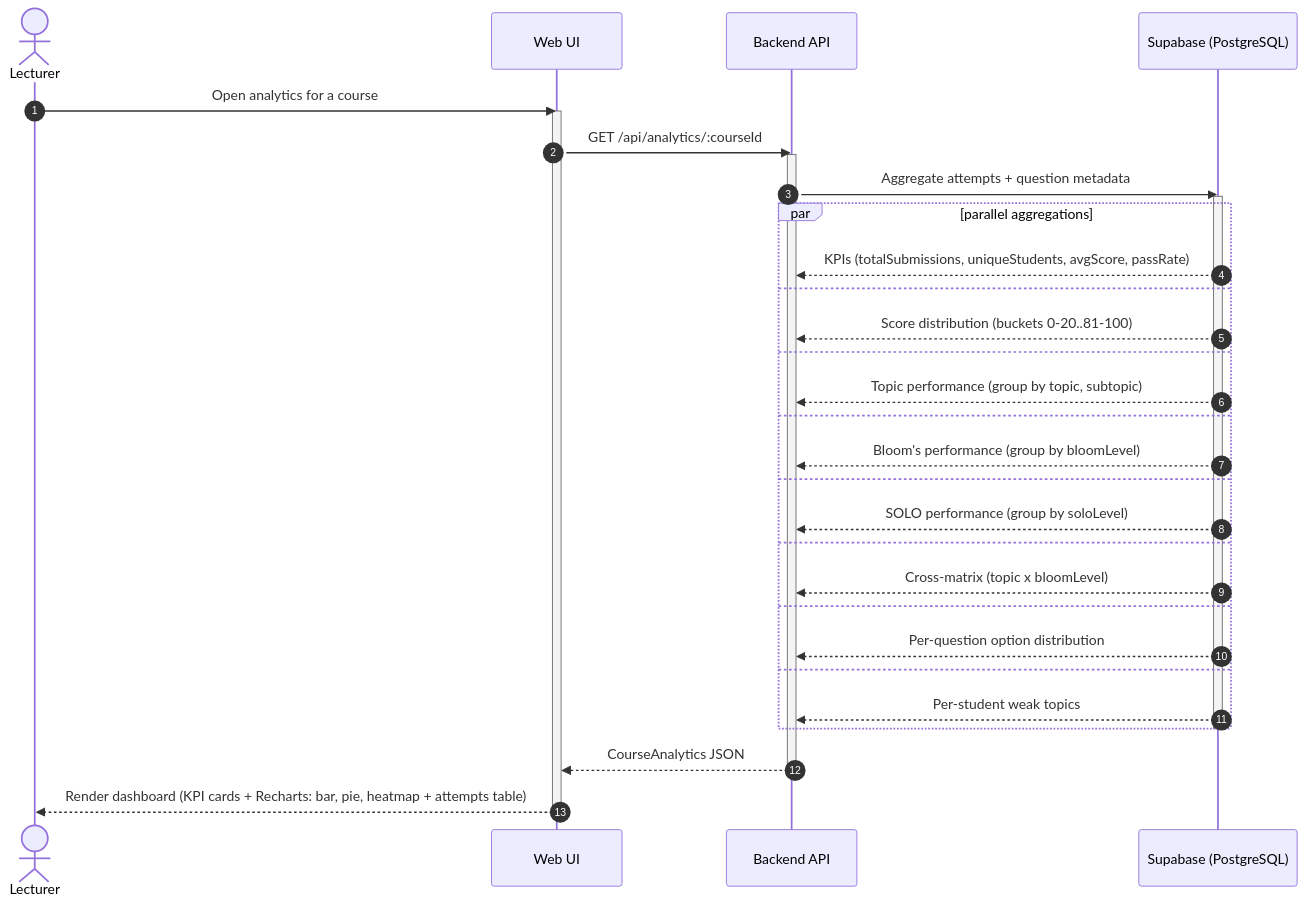
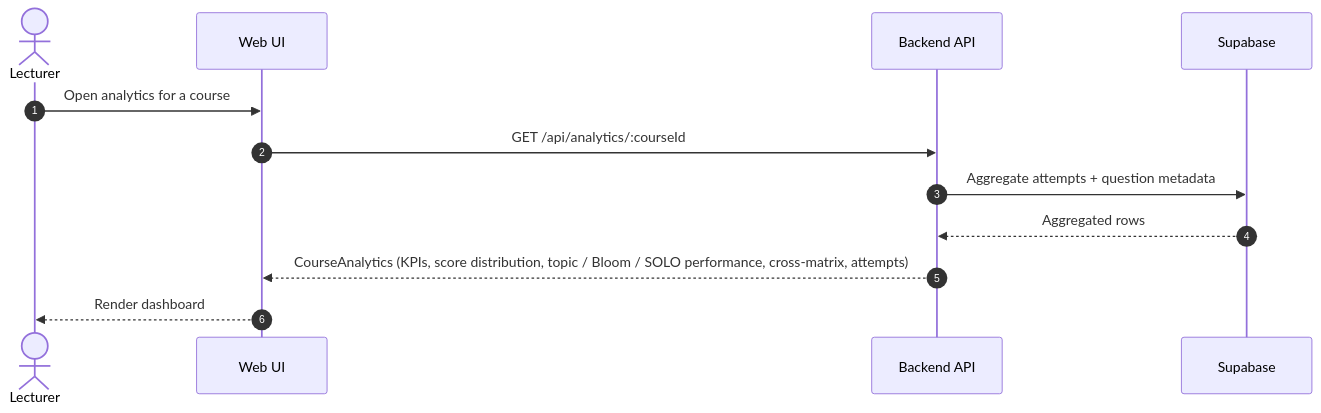
One commit to aree6/Quizify changed the diagram in documents_psm2/diagrams_source/SRS/mermaid/uc005_view_simple_analytics_uml.mmd. Above: the diagram before and after it, drawn with Mermaid. The commit also changed 11 other files, not shown here.

```diff
--- a/documents_psm2/diagrams_source/SRS/mermaid/uc005_view_simple_analytics_uml.mmd
+++ b/documents_psm2/diagrams_source/SRS/mermaid/uc005_view_simple_analytics_uml.mmd
@@ -1,37 +1,13 @@
 sequenceDiagram
   autonumber
   actor L as Lecturer
   participant UI as Web UI
-  participant Analytics as Backend API
-  participant DB as Supabase (PostgreSQL)
+  participant API as Backend API
+  participant DB as Supabase
 
   L->>UI: Open analytics for a course
-  activate UI
-  UI->>Analytics: GET /api/analytics/:courseId
-  activate Analytics
-  Analytics->>DB: Aggregate attempts + question metadata
-  activate DB
-
-  par parallel aggregations
-    DB-->>Analytics: KPIs (totalSubmissions, uniqueStudents, avgScore, passRate)
-  and
-    DB-->>Analytics: Score distribution (buckets 0-20..81-100)
-  and
-    DB-->>Analytics: Topic performance (group by topic, subtopic)
-  and
-    DB-->>Analytics: Bloom's performance (group by bloomLevel)
-  and
-    DB-->>Analytics: SOLO performance (group by soloLevel)
-  and
-    DB-->>Analytics: Cross-matrix (topic x bloomLevel)
-  and
-    DB-->>Analytics: Per-question option distribution
-  and
-    DB-->>Analytics: Per-student weak topics
-  end
-
-  deactivate DB
-  Analytics-->>UI: CourseAnalytics JSON
-  deactivate Analytics
-  UI-->>L: Render dashboard (KPI cards + Recharts: bar, pie, heatmap + attempts table)
-  deactivate UI
+  UI->>API: GET /api/analytics/:courseId
+  API->>DB: Aggregate attempts + question metadata
+  DB-->>API: Aggregated rows
+  API-->>UI: CourseAnalytics (KPIs, score distribution, topic / Bloom / SOLO performance, cross-matrix, attempts)
+  UI-->>L: Render dashboard
```
